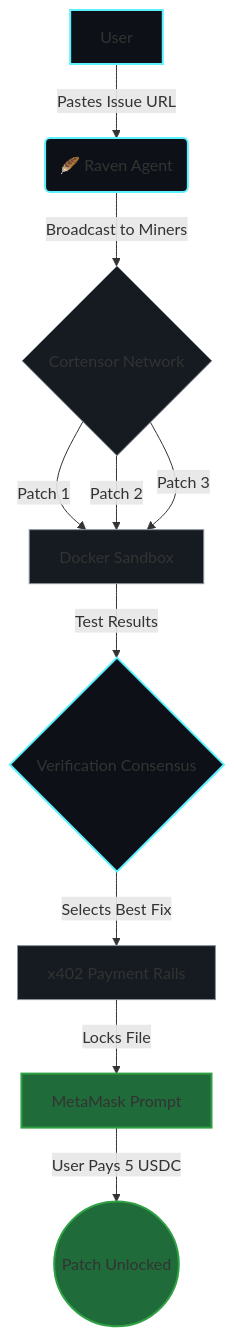
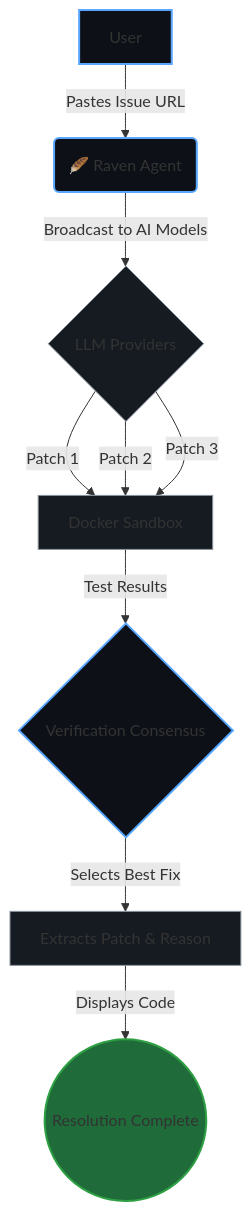
The diagram in README.md (Shardz4/Raven), drawn with Mermaid before and after one commit. The commit also changed other lines of this file and 11 other files, not shown here.

````diff
--- a/README.md
+++ b/README.md
@@ -22,20 +18,19 @@
 ```mermaid
 graph TD
     A[User] -->|Pastes Issue URL| B(🪶 Raven Agent)
-    B -->|Broadcast to Miners| C{Cortensor Network}
+    B -->|Broadcast to AI Models| C{LLM Providers}
     C -->|Patch 1| D[Docker Sandbox]
     C -->|Patch 2| D
     C -->|Patch 3| D
     D -->|Test Results| E{Verification Consensus}
-    E -->|Selects Best Fix| F[x402 Payment Rails]
-    F -->|Locks File| G[MetaMask Prompt]
-    G -->|User Pays 5 USDC| H((Patch Unlocked))
+    E -->|Selects Best Fix| F[Extracts Patch & Reason]
+    F -->|Displays Code| G((Resolution Complete))
 
-    classDef core fill:#0d1117,stroke:#5cf0ff,stroke-width:2px;
+    classDef core fill:#0d1117,stroke:#58a6ff,stroke-width:2px;
     classDef network fill:#161b22,stroke:#8b949e,stroke-width:1px;
     classDef success fill:#1f6b39,stroke:#2ea043,stroke-width:2px;
     
     class A,B,E core;
     class C,D,F network;
-    class G,H success;
+    class G success;
 ```
````
